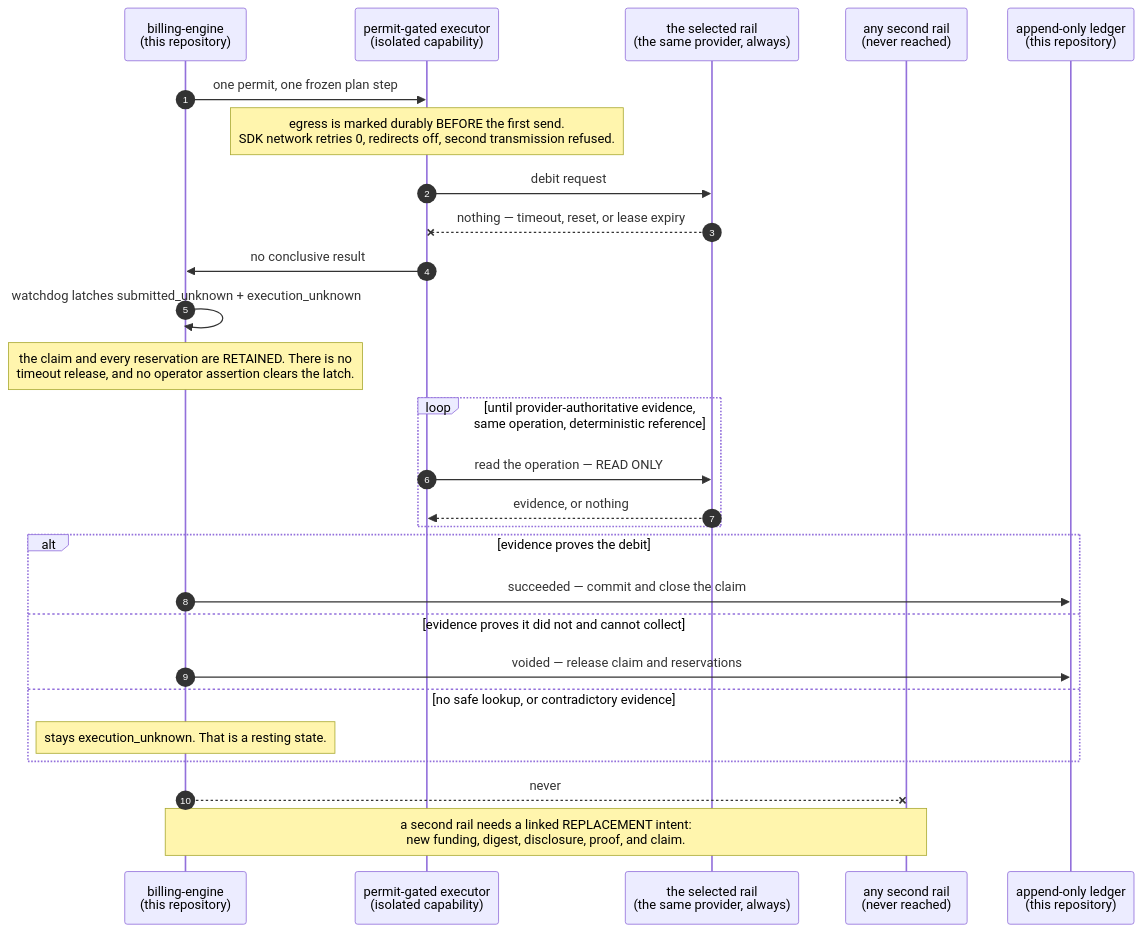
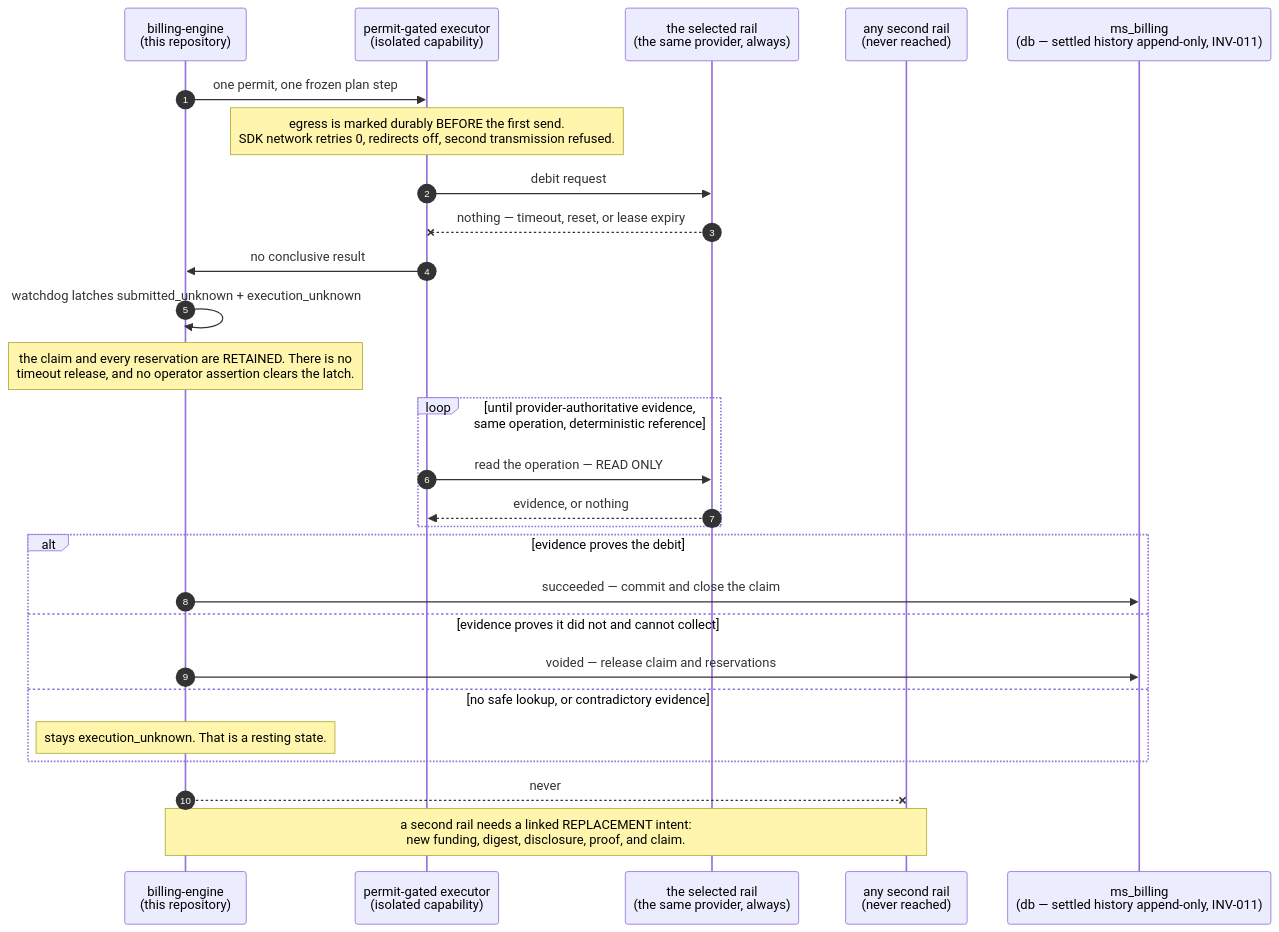
The third of 3 diagrams in docs/DESIGN.md (mirrorstack-ai/billing-engine), drawn with Mermaid before and after one commit. The commit also changed other lines of this file and 1 other file, not shown here.

First line of the commit message:
docs: correct the flow diagrams — web-account, the consent edge, ms_billing

````diff
--- a/docs/DESIGN.md
+++ b/docs/DESIGN.md
@@ -1152,30 +1155,30 @@
 ```mermaid
 sequenceDiagram
     autonumber
     participant Engine as billing-engine<br/>(this repository)
     participant Exec as permit-gated executor<br/>(isolated capability)
     participant Rail as the selected rail<br/>(the same provider, always)
     participant Other as any second rail<br/>(never reached)
-    participant Ledger as append-only ledger<br/>(this repository)
+    participant Ledger as ms_billing<br/>(db — settled history append-only, INV-011)
 
     Engine->>Exec: one permit, one frozen plan step
     Note over Exec: egress is marked durably BEFORE the first send.<br/>SDK network retries 0, redirects off, second transmission refused.
     Exec->>Rail: debit request
     Rail--xExec: nothing — timeout, reset, or lease expiry
     Exec->>Engine: no conclusive result
     Engine->>Engine: watchdog latches submitted_unknown + execution_unknown
     Note over Engine: the claim and every reservation are RETAINED. There is no<br/>timeout release, and no operator assertion clears the latch.
     loop until provider-authoritative evidence, same operation, deterministic reference
         Exec->>Rail: read the operation — READ ONLY
         Rail-->>Exec: evidence, or nothing
     end
     alt evidence proves the debit
         Engine->>Ledger: succeeded — commit and close the claim
     else evidence proves it did not and cannot collect
         Engine->>Ledger: voided — release claim and reservations
     else no safe lookup, or contradictory evidence
         Note over Engine: stays execution_unknown. That is a resting state.
     end
     Engine--xOther: never
     Note over Engine,Other: a second rail needs a linked REPLACEMENT intent:<br/>new funding, digest, disclosure, proof, and claim.
 ```
````
